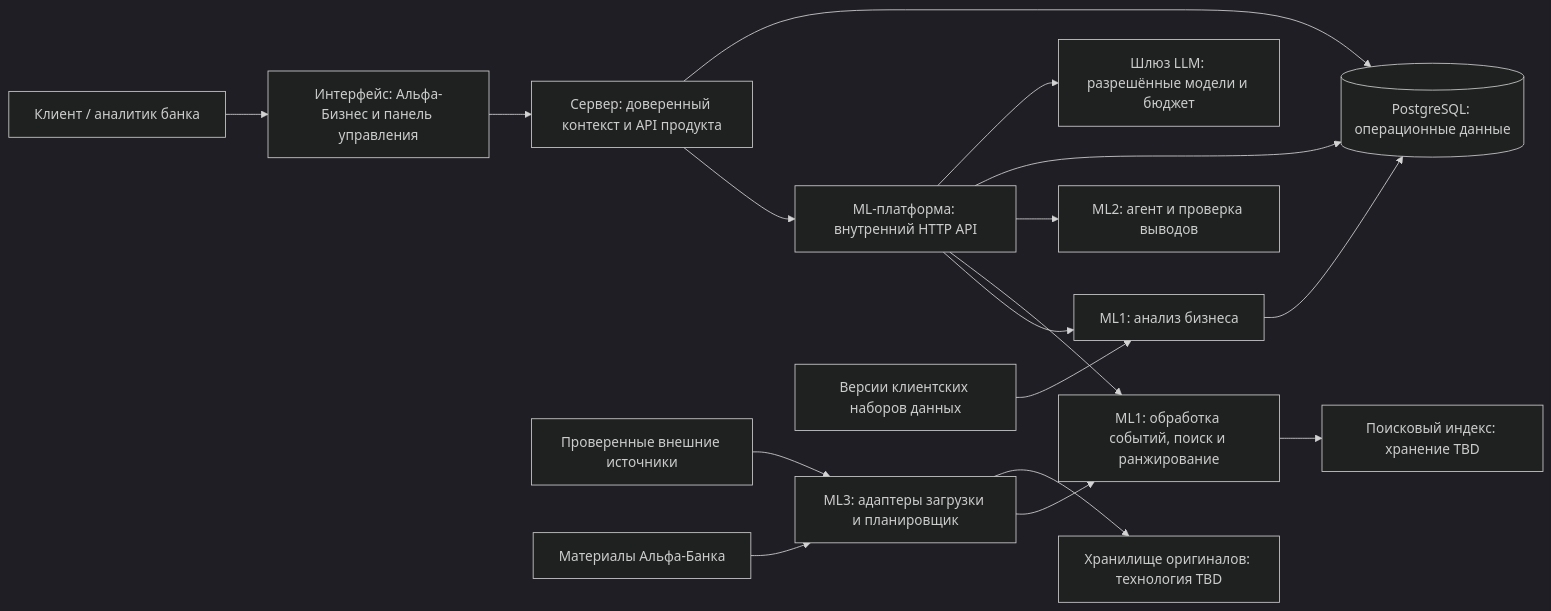
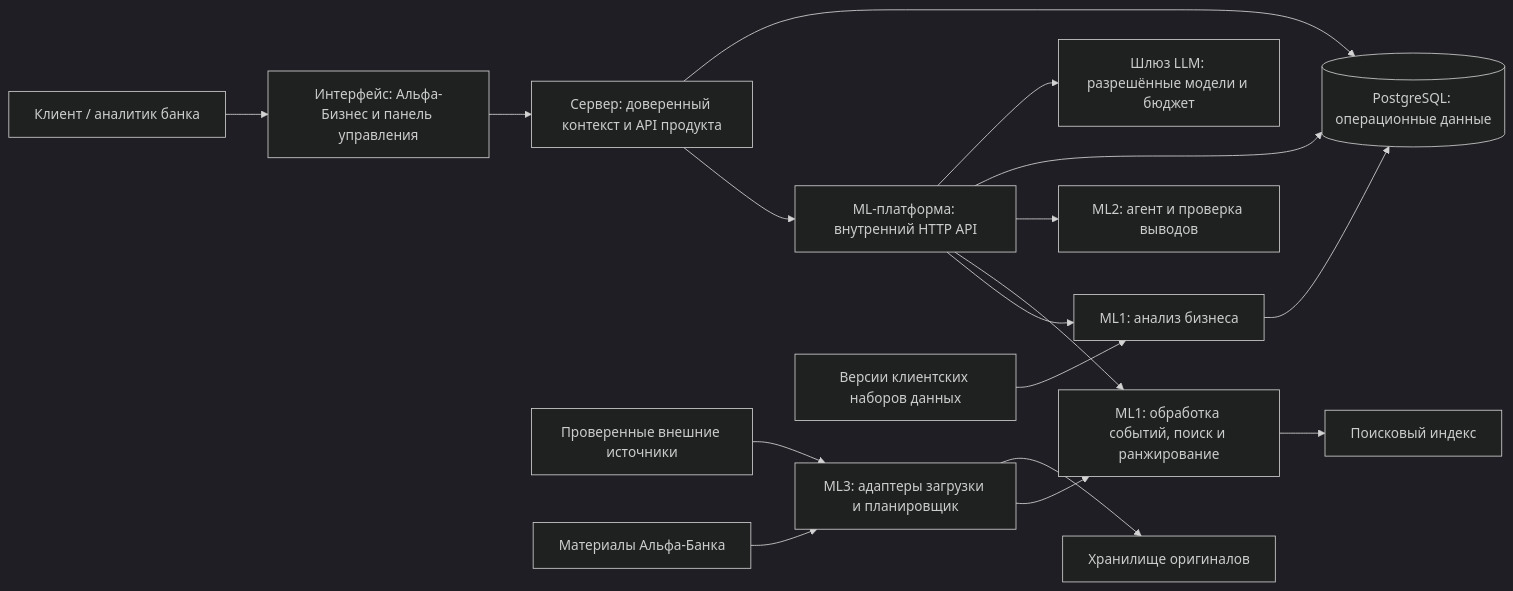
Before and after one commit to alfa-hackaton-team/burmalda: the diagram in docs/architecture/architecture.md, drawn with Mermaid (dark theme). The commit also changed other lines of this file and 19 other files, not shown here.

````diff
--- a/docs/architecture/architecture.md
+++ b/docs/architecture/architecture.md
@@ -9,19 +11,19 @@
 ```mermaid
 flowchart LR
   U[Клиент / аналитик банка] --> F[Интерфейс: Альфа-Бизнес и панель управления]
   F --> B[Сервер: доверенный контекст и API продукта]
   B --> M[ML-платформа: внутренний HTTP API]
   M --> C[ML1: анализ бизнеса]
   M --> R[ML1: обработка событий, поиск и ранжирование]
   M --> A[ML2: агент и проверка выводов]
   I[ML3: адаптеры загрузки и планировщик] --> R
   X[Проверенные внешние источники] --> I
   L[Материалы Альфа-Банка] --> I
   D[Версии клиентских наборов данных] --> C
   C --> P[(PostgreSQL: операционные данные)]
   B --> P
   M --> P
-  I --> W[Хранилище оригиналов: технология TBD]
+  I --> W[Хранилище оригиналов]
   M --> G[Шлюз LLM: разрешённые модели и бюджет]
-  R --> V[Поисковый индекс: хранение TBD]
+  R --> V[Поисковый индекс]
 ```
````
